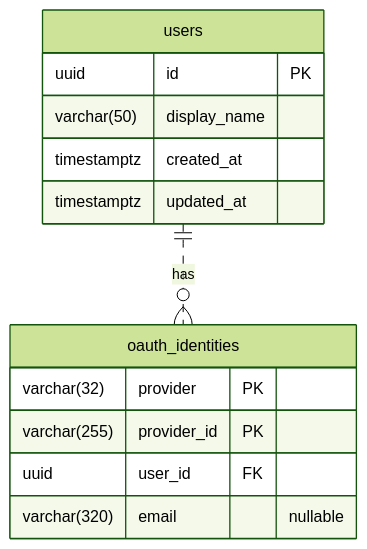
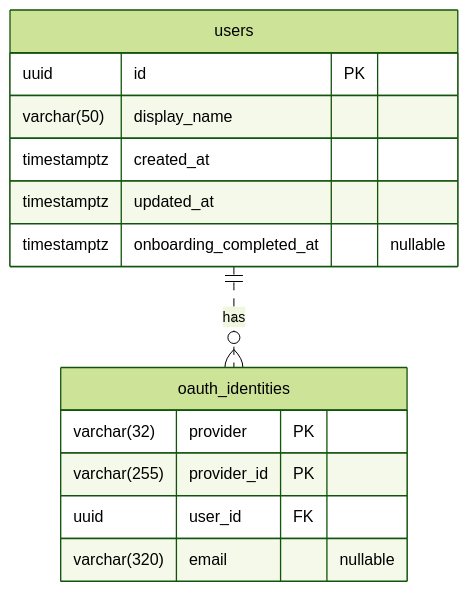
Before and after one commit to soma-lorekeeper/loresentry-authentication: the diagram in docs/account/AUTH_ERD.md, drawn with Mermaid (forest theme). The commit also changed other lines of this file and 6 other files, not shown here.

````diff
--- a/docs/account/AUTH_ERD.md
+++ b/docs/account/AUTH_ERD.md
@@ -22,18 +22,19 @@
 ```mermaid
 erDiagram
     users ||..o{ oauth_identities : has
 
     users {
         uuid id PK
         varchar(50) display_name
         timestamptz created_at
         timestamptz updated_at
+        timestamptz onboarding_completed_at "nullable"
     }
 
     oauth_identities {
         varchar(32) provider PK
         varchar(255) provider_id PK
         uuid user_id FK
         varchar(320) email "nullable"
     }
 ```
````
